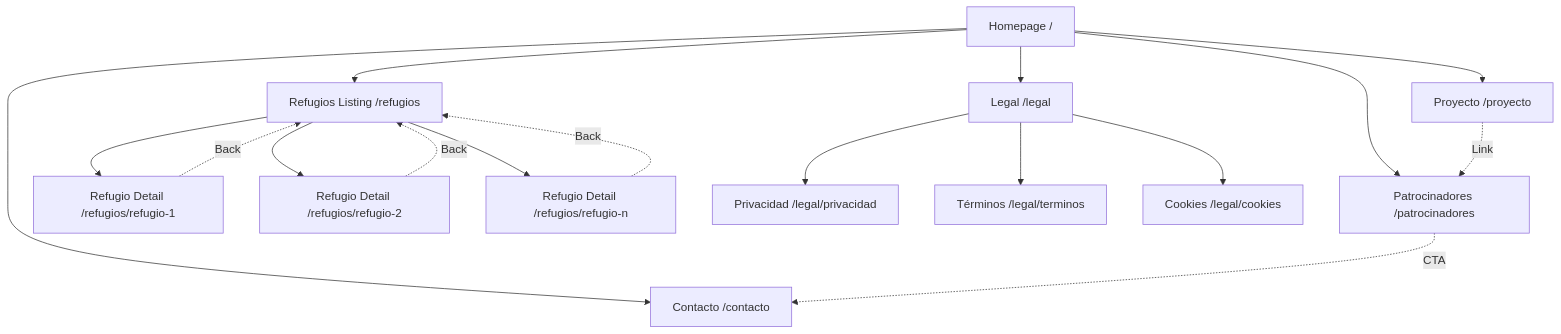
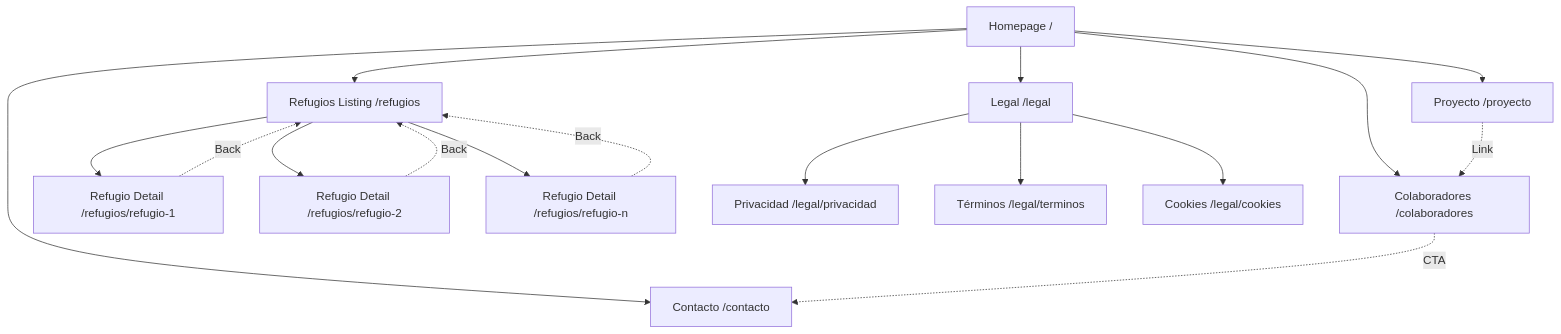
One commit to Markuson/refusdignos changed the first of 5 diagrams in docs/front-end-spec.md. Above: the diagram before and after it, drawn with Mermaid. The commit also changed other lines of this file and 62 other files, not shown here.

````diff
--- a/docs/front-end-spec.md
+++ b/docs/front-end-spec.md
@@ -102,22 +102,22 @@
 ```mermaid
 graph TD
     A[Homepage /] --> B[Proyecto /proyecto]
     A --> C[Refugios Listing /refugios]
-    A --> D[Patrocinadores /patrocinadores]
+    A --> D[Colaboradores /colaboradores]
     A --> E[Contacto /contacto]
     A --> F[Legal /legal]
 
     C --> C1[Refugio Detail /refugios/refugio-1]
     C --> C2[Refugio Detail /refugios/refugio-2]
     C --> C3[Refugio Detail /refugios/refugio-n]
 
     F --> F1[Privacidad /legal/privacidad]
     F --> F2[Términos /legal/terminos]
     F --> F3[Cookies /legal/cookies]
 
     B -.Link.-> D
     C1 -.Back.-> C
     C2 -.Back.-> C
     C3 -.Back.-> C
     D -.CTA.-> E
 ```
````
